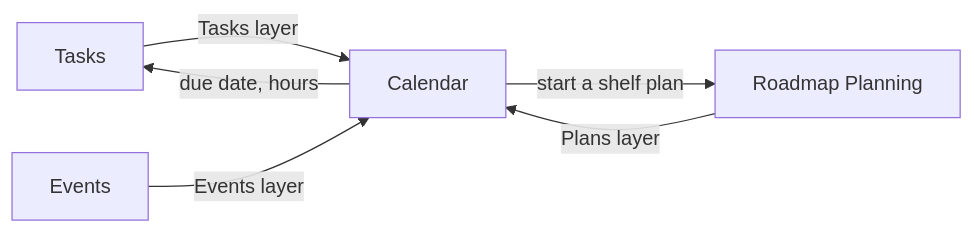
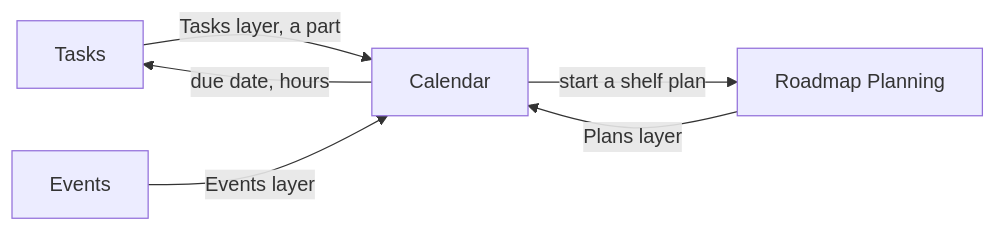
One commit to JSdotNet/Backlog changed the diagram in .devbook/domain/calendar/context.md. Above: the diagram before and after it, drawn with Mermaid. The commit also changed other lines of this file and 7 other files, not shown here.

First line of the commit message:
docs(devbook): bring the Calendar chapters level with its Tasks and Plans layers (knowledge-events:12)

````diff
--- a/.devbook/domain/calendar/context.md
+++ b/.devbook/domain/calendar/context.md
@@ -29,8 +29,8 @@
 ```mermaid
 flowchart LR
-    Tasks -->|Tasks layer| Calendar
+    Tasks -->|"Tasks layer, a part"| Calendar
     Roadmap["Roadmap Planning"] -->|Plans layer| Calendar
     Events -->|Events layer| Calendar
     Calendar -->|"due date, hours"| Tasks
     Calendar -->|"start a shelf plan"| Roadmap
 ```
````
